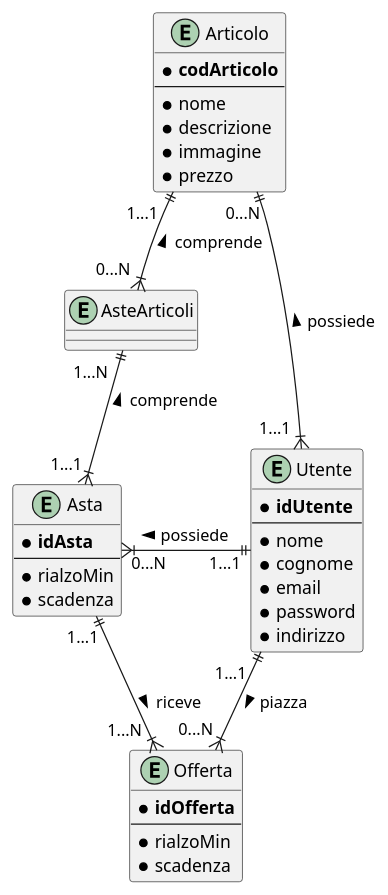
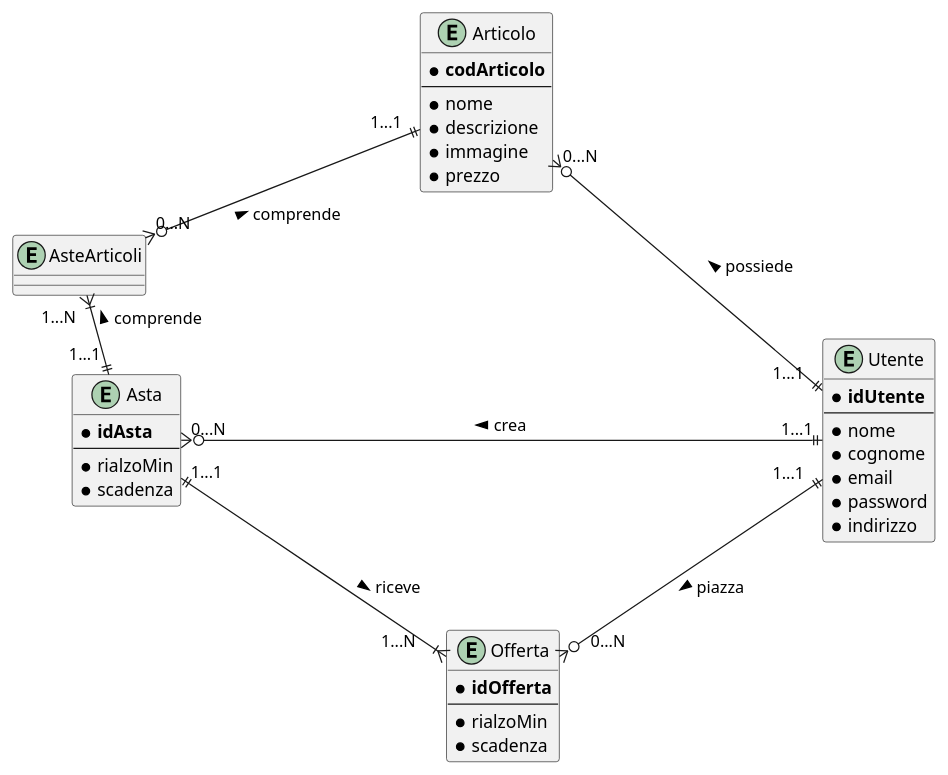
One commit to francescospangaro/tecnologie-web changed the diagram in docs/EntityRelationRestructured.puml. Above: the diagram before and after it, drawn with PlantUML. The commit also changed 4 other files, not shown here.

```diff
--- a/docs/EntityRelationRestructured.puml
+++ b/docs/EntityRelationRestructured.puml
@@ -1,47 +1,50 @@
 @startuml
 ' https://plantuml.com/ie-diagram
+skinparam linetype polyline
+skinparam nodesep 300
+skinparam ranksep 1
 
 entity Articolo {
   * **codArticolo**
   --
   * nome
   * descrizione
   * immagine
   * prezzo
 }
 
 entity Utente {
     * **idUtente**
     --
     * nome
     * cognome
     * email
     * password
     * indirizzo
 }
 
 entity Offerta {
     * **idOfferta**
     --
     * rialzoMin
     * scadenza
 }
 
 entity Asta {
     * **idAsta**
     --
     * rialzoMin
     * scadenza
 }
 
 entity AsteArticoli {
 }
 
-Articolo "0...N" ||-d-|{ "1...1  " Utente : possiede <
-Articolo "1...1  " ||-d-|{ "0...N " AsteArticoli : comprende <
-AsteArticoli "1...N  " ||-d-|{ "1...1 " Asta : comprende <
-Utente "1...1" ||-l-|{ "0...N" Asta : possiede >
-Utente "1...1  " ||-d-|{ "0...N " Offerta : piazza >
-Asta "1...1" ||-d-|{ "1...N  " Offerta : riceve >
+Articolo "0...N" }o-d-|| "1...1  " Utente : possiede <
+Articolo "1...1  " ||-d-o{ "0...N " AsteArticoli : comprende <
+AsteArticoli "1...N  " }|-d-|| "1...1 " Asta : comprende <
+Utente "1...1" ||-l-o{ "0...N" Asta : crea >
+Utente "1...1  " ||-d-o{ "     0...N " Offerta : piazza >
+Asta "1...1" ||--d--|{ "1...N     " Offerta : riceve >
 
 @enduml
```
